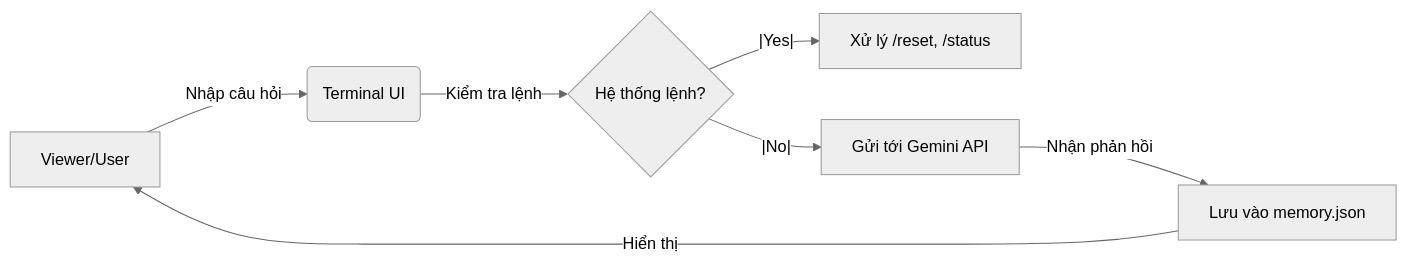
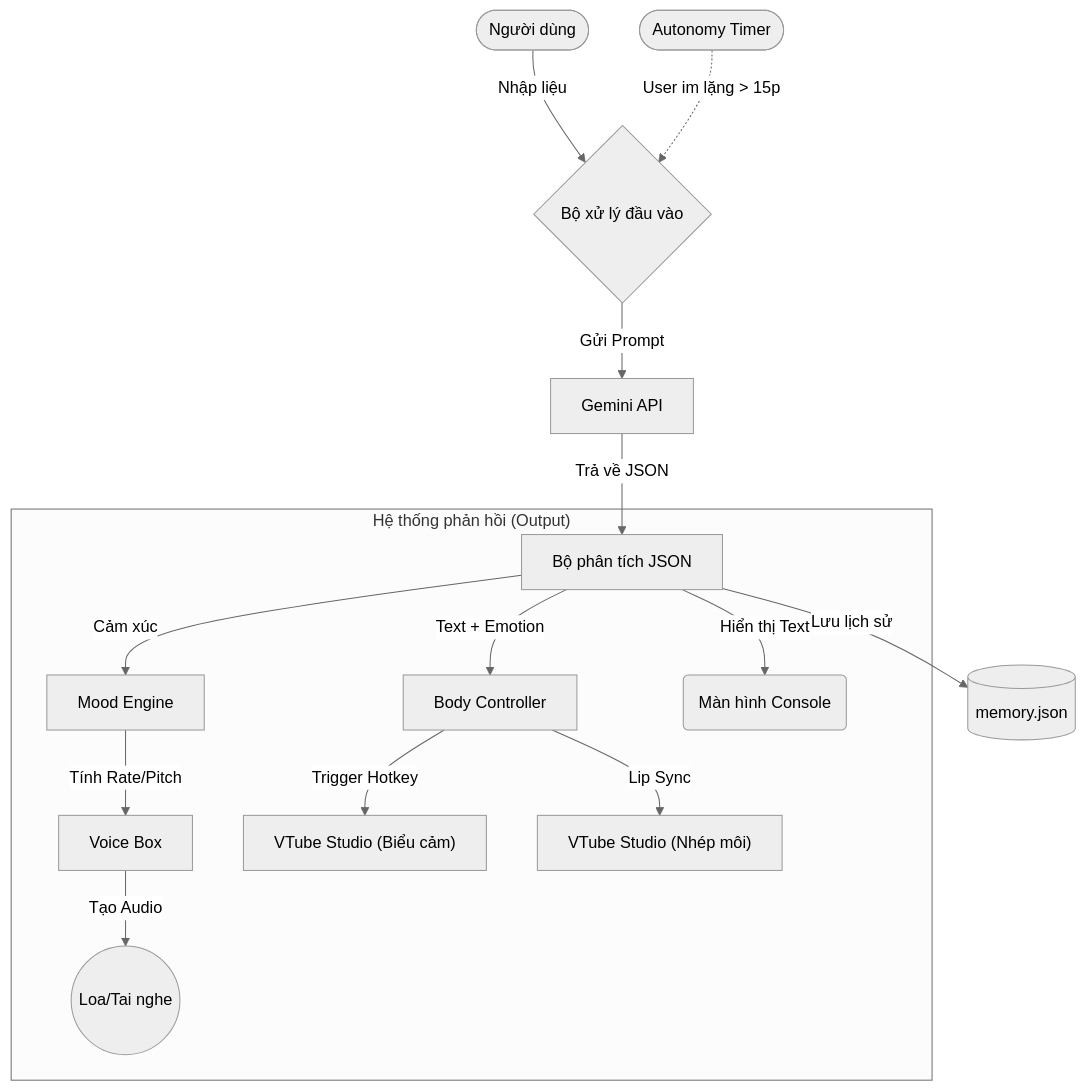
One commit to the-lost-mahiro/Not-Neuro-chatbot changed the diagram in README.md. Above: the diagram before and after it, drawn with Mermaid (neutral theme). The commit also changed other lines of this file and 9 other files, not shown here.

````diff
--- a/README.md
+++ b/README.md
@@ -35,9 +36,22 @@
 ```mermaid
-graph LR
-    A[Viewer/User] -->|Nhập câu hỏi| B(Terminal UI);
-    B -->|Kiểm tra lệnh| C{Hệ thống lệnh?};
-    C --|Yes|--> D[Xử lý /reset, /status];
-    C --|No|--> E[Gửi tới Gemini API];
-    E -->|Nhận phản hồi| F[Lưu vào memory.json];
-    F -->|Hiển thị| A;
+graph TD
+    User([Người dùng]) -->|Nhập liệu| InputHandler
+    Timer([Autonomy Timer]) -.->|User im lặng > 15p| InputHandler{Bộ xử lý đầu vào}
+    
+    InputHandler -->|Gửi Prompt| Brain[Gemini API]
+    Brain -->|Trả về JSON| Parser[Bộ phân tích JSON]
+    
+    Parser -->|Lưu lịch sử| Memory[(memory.json)]
+    
+    subgraph "Hệ thống phản hồi (Output)"
+        Parser -->|Cảm xúc| Mood[Mood Engine]
+        Mood -->|Tính Rate/Pitch| Voice[Voice Box]
+        Parser -->|Text + Emotion| Body[Body Controller]
+        
+        Voice -->|Tạo Audio| Speaker((Loa/Tai nghe))
+        Body -->|Trigger Hotkey| VTS_Key["VTube Studio (Biểu cảm)"]
+        Body -->|Lip Sync| VTS_Lip["VTube Studio (Nhép môi)"]
+        
+        Parser -->|Hiển thị Text| Terminal(Màn hình Console)
+    end
 ```
````
